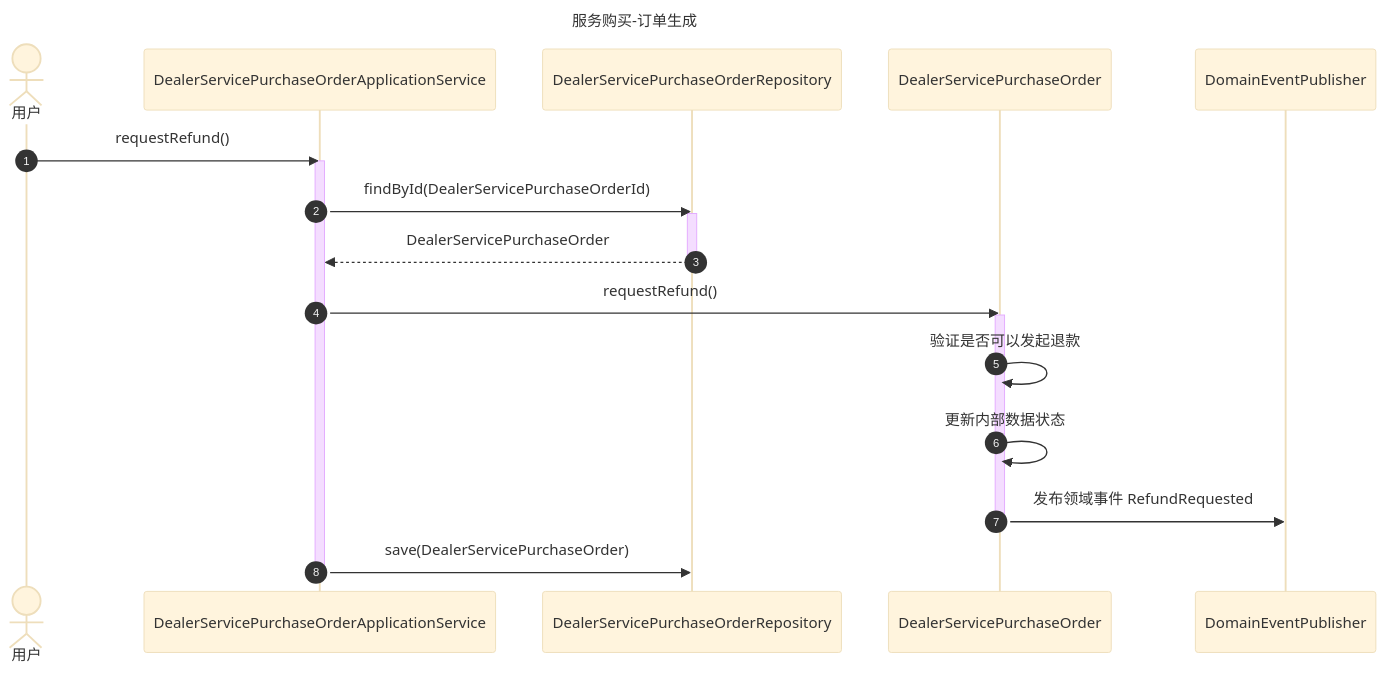
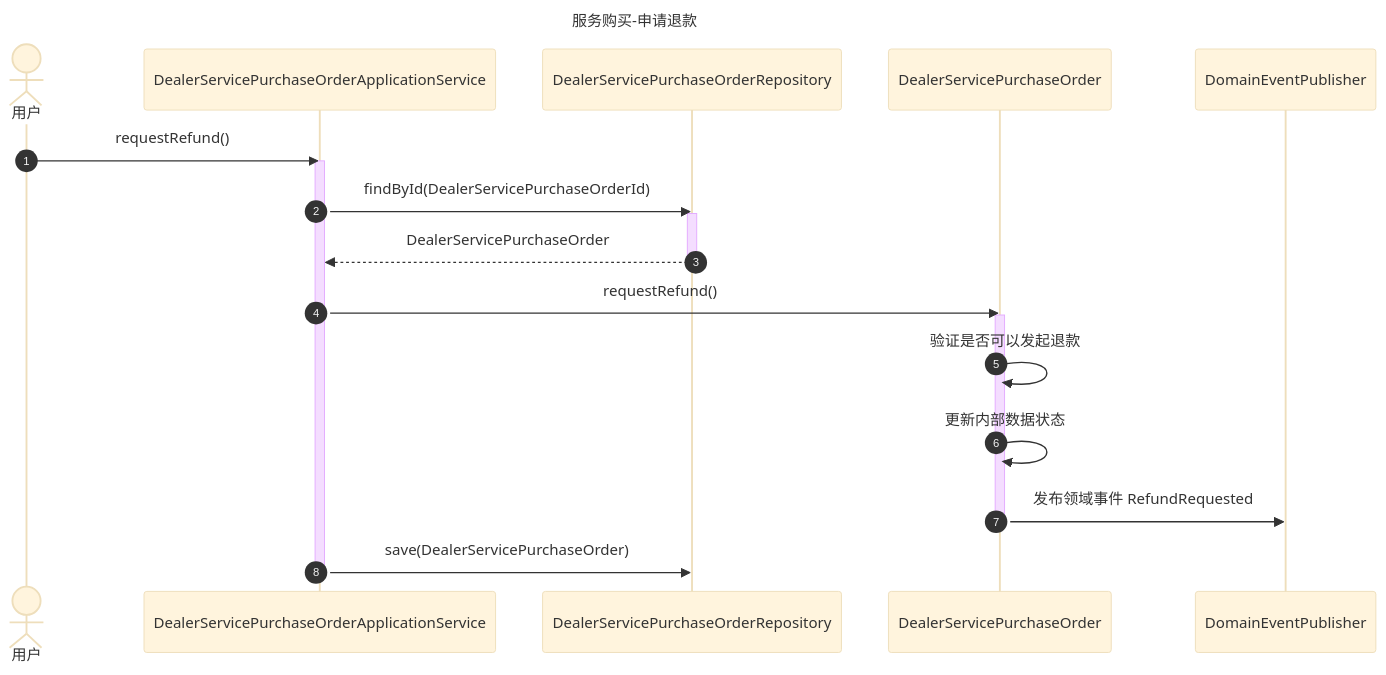
Before and after one commit to lowkeyfish/IDDD: the diagram in iddd-springboot/iddd-springboot-dealer/src/main/resources/uml/服务购买订单申请退款时序图.mermaid, drawn with Mermaid (base theme). The commit also changed 29 other files, not shown here.

```diff
--- a/iddd-springboot/iddd-springboot-dealer/src/main/resources/uml/服务购买订单申请退款时序图.mermaid
+++ b/iddd-springboot/iddd-springboot-dealer/src/main/resources/uml/服务购买订单申请退款时序图.mermaid
@@ -1,34 +1,34 @@
 sequenceDiagram
-    title 服务购买-订单生成
+    title 服务购买-申请退款
 
     autonumber
 
     actor User as 用户
     participant DealerServicePurchaseOrderApplicationService
     participant DealerServicePurchaseOrderRepository
     participant DealerServicePurchaseOrder
     participant DomainEventPublisher
 
 
     User->>DealerServicePurchaseOrderApplicationService: requestRefund()
 
     activate DealerServicePurchaseOrderApplicationService
 
     DealerServicePurchaseOrderApplicationService->>DealerServicePurchaseOrderRepository: findById(DealerServicePurchaseOrderId)
 
     activate DealerServicePurchaseOrderRepository
     DealerServicePurchaseOrderRepository-->>DealerServicePurchaseOrderApplicationService: DealerServicePurchaseOrder
     deactivate DealerServicePurchaseOrderRepository
 
     DealerServicePurchaseOrderApplicationService->>DealerServicePurchaseOrder: requestRefund()
 
     activate DealerServicePurchaseOrder
     DealerServicePurchaseOrder->>DealerServicePurchaseOrder: 验证是否可以发起退款
     DealerServicePurchaseOrder->>DealerServicePurchaseOrder: 更新内部数据状态
     DealerServicePurchaseOrder->>DomainEventPublisher: 发布领域事件 RefundRequested
 
     deactivate DealerServicePurchaseOrder
 
     DealerServicePurchaseOrderApplicationService->>DealerServicePurchaseOrderRepository: save(DealerServicePurchaseOrder)
 
     deactivate DealerServicePurchaseOrderApplicationService
```
